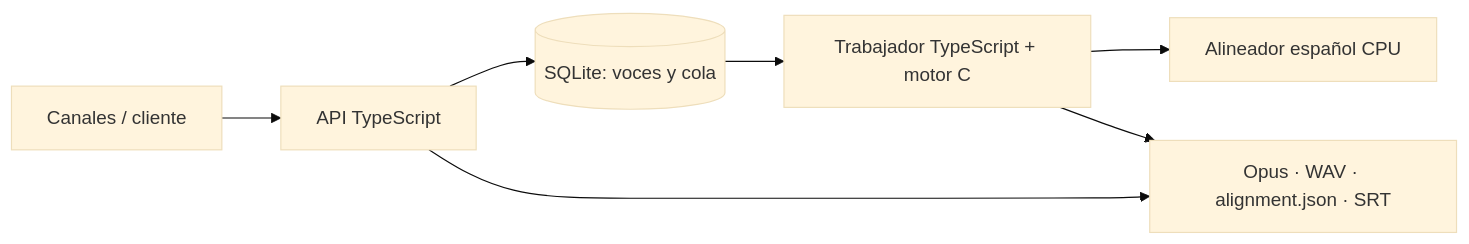
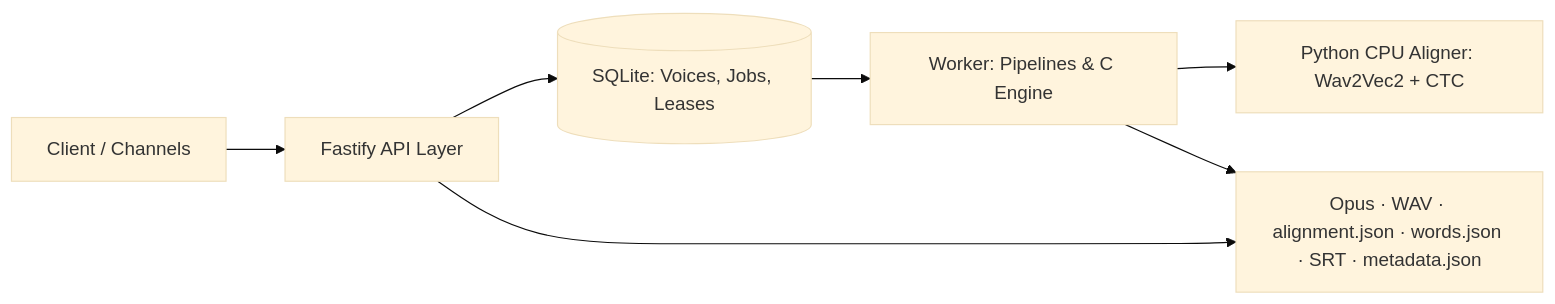
The diagram in README.md (jmcamposdev/self-hosted-tts), drawn with Mermaid (base theme) before and after one commit. The commit also changed other lines of this file and 6 other files, not shown here.

````diff
--- a/README.md
+++ b/README.md
@@ -9,9 +11,9 @@
 ```mermaid
 flowchart LR
-  Client[Canales / cliente] --> API[API TypeScript]
-  API --> DB[(SQLite: voces y cola)]
-  DB --> Worker[Trabajador TypeScript + motor C]
-  Worker --> Align[Alineador español CPU]
-  Worker --> Files[Opus · WAV · alignment.json · SRT]
+  Client[Client / Channels] --> API[Fastify API Layer]
+  API --> DB[(SQLite: Voices, Jobs, Leases)]
+  DB --> Worker[Worker: Pipelines & C Engine]
+  Worker --> Align[Python CPU Aligner: Wav2Vec2 + CTC]
+  Worker --> Files[Opus · WAV · alignment.json · words.json · SRT · metadata.json]
   API --> Files
 ```
````
